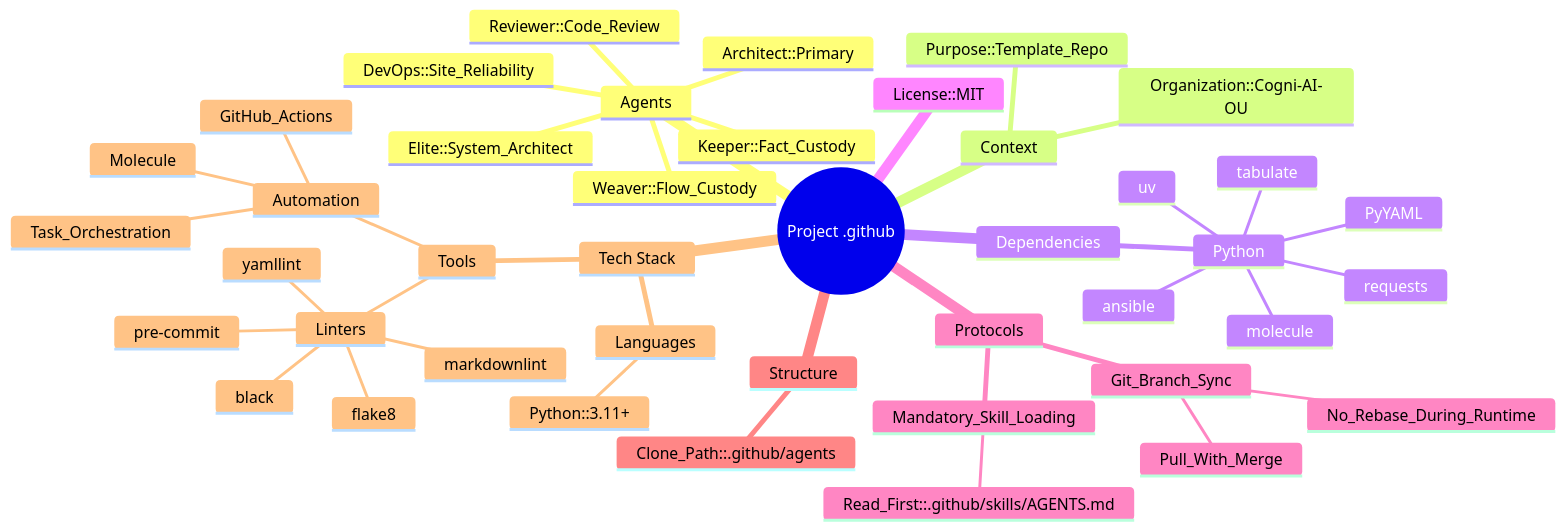
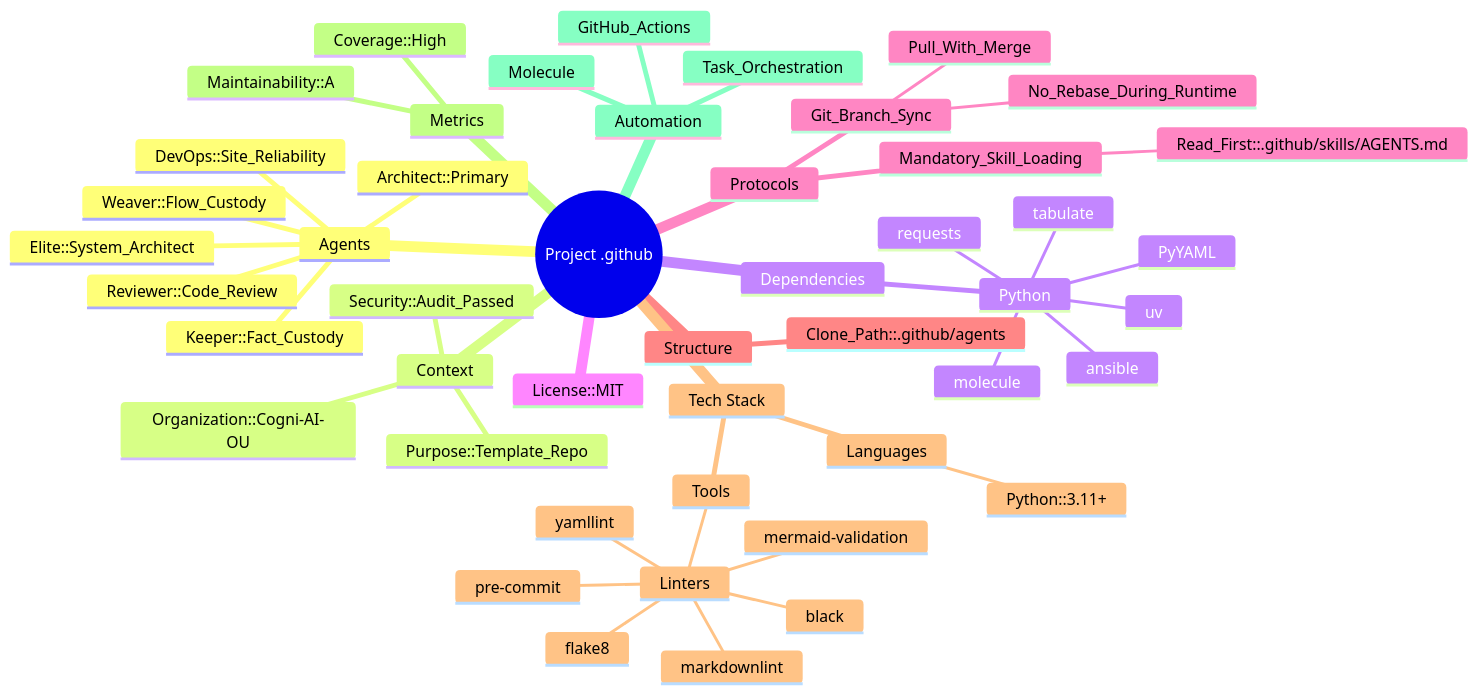
One commit to Cogni-AI-OU/.github changed the diagram in FACTS.mmd. Above: the diagram before and after it, drawn with Mermaid.

Commit message:
Revise FACTS.mmd with meaningful information for testing

```diff
--- a/FACTS.mmd
+++ b/FACTS.mmd
@@ -1,43 +1,48 @@
 mindmap
   root((Project .github))
     Agents
       Architect::Primary
       DevOps::Site_Reliability
       Elite::System_Architect
       Keeper::Fact_Custody
       Reviewer::Code_Review
       Weaver::Flow_Custody
     Context
       Organization::Cogni-AI-OU
       Purpose::Template_Repo
+      Security::Audit_Passed
     Dependencies
       Python
         PyYAML
         requests
         tabulate
         ansible
         molecule
         uv
     License::MIT
     Protocols
       Git_Branch_Sync
         No_Rebase_During_Runtime
         Pull_With_Merge
       Mandatory_Skill_Loading
         Read_First::.github/skills/AGENTS.md
     Structure
       Clone_Path::.github/agents
     Tech Stack
       Languages
         Python::3.11+
       Tools
         Linters
           black
           flake8
           markdownlint
+          mermaid-validation
           pre-commit
           yamllint
-        Automation
-          GitHub_Actions
-          Molecule
-          Task_Orchestration
+    Metrics
+      Coverage::High
+      Maintainability::A
+    Automation
+      GitHub_Actions
+      Molecule
+      Task_Orchestration
```
